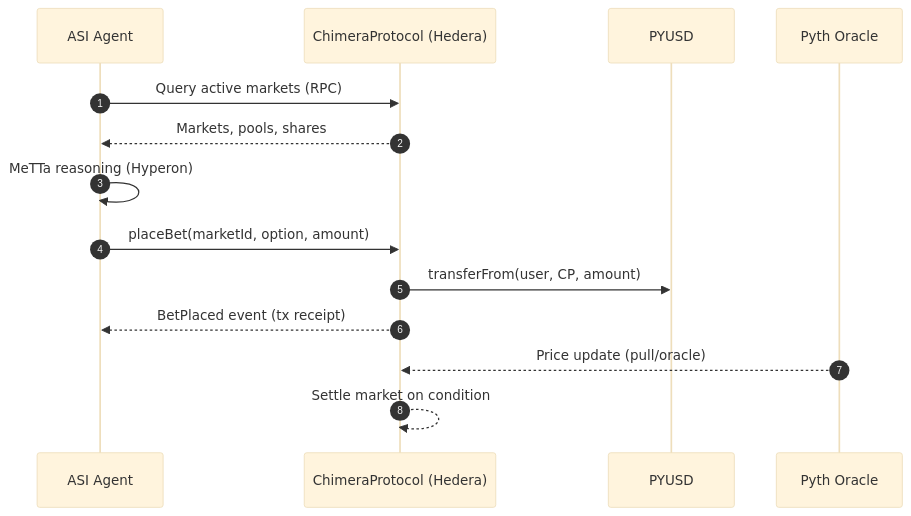
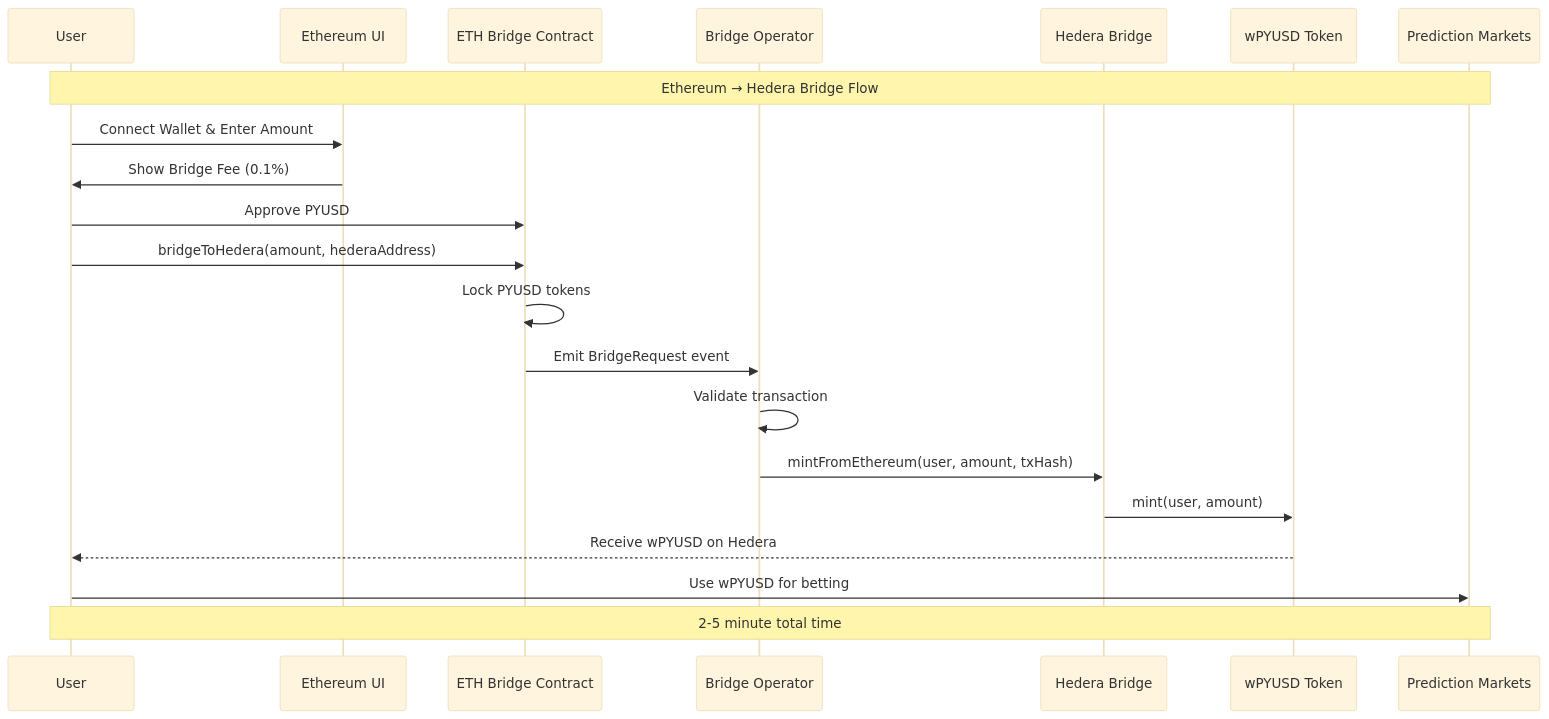
One commit to enliven17/chimera-protocol changed the second of 17 diagrams in diagrams.md. Above: the diagram before and after it, drawn with Mermaid (base theme). The commit also changed other lines of this file and 32 other files, not shown here.

Commit message:
asi agent update

````diff
--- a/diagrams.md
+++ b/diagrams.md
@@ -42,18 +42,28 @@
 ```mermaid
 sequenceDiagram
-  autonumber
-  participant AG as ASI Agent
-
-  participant CP as ChimeraProtocol (Hedera)
-  participant PY as PYUSD
-  participant PO as Pyth Oracle
-
-  AG->>CP: Query active markets (RPC)
-  CP-->>AG: Markets, pools, shares
-  AG->>AG: MeTTa reasoning (Hyperon)
-  AG->>CP: placeBet(marketId, option, amount)
-  CP->>PY: transferFrom(user, CP, amount)
-  CP-->>AG: BetPlaced event (tx receipt)
-  PO-->>CP: Price update (pull/oracle)
-  CP-->>CP: Settle market on condition
+    participant User
+    participant EthUI as Ethereum UI
+    participant EthBridge as ETH Bridge Contract
+    participant Operator as Bridge Operator
+    participant HederaBridge as Hedera Bridge
+    participant wPYUSD as wPYUSD Token
+    participant Markets as Prediction Markets
+    
+    Note over User,Markets: Ethereum → Hedera Bridge Flow
+    
+    User->>EthUI: Connect Wallet & Enter Amount
+    EthUI->>User: Show Bridge Fee (0.1%)
+    User->>EthBridge: Approve PYUSD
+    User->>EthBridge: bridgeToHedera(amount, hederaAddress)
+    EthBridge->>EthBridge: Lock PYUSD tokens
+    EthBridge->>Operator: Emit BridgeRequest event
+    
+    Operator->>Operator: Validate transaction
+    Operator->>HederaBridge: mintFromEthereum(user, amount, txHash)
+    HederaBridge->>wPYUSD: mint(user, amount)
+    wPYUSD-->>User: Receive wPYUSD on Hedera
+    
+    User->>Markets: Use wPYUSD for betting
+    
+    Note over User,Markets: 2-5 minute total time
 ```
````
